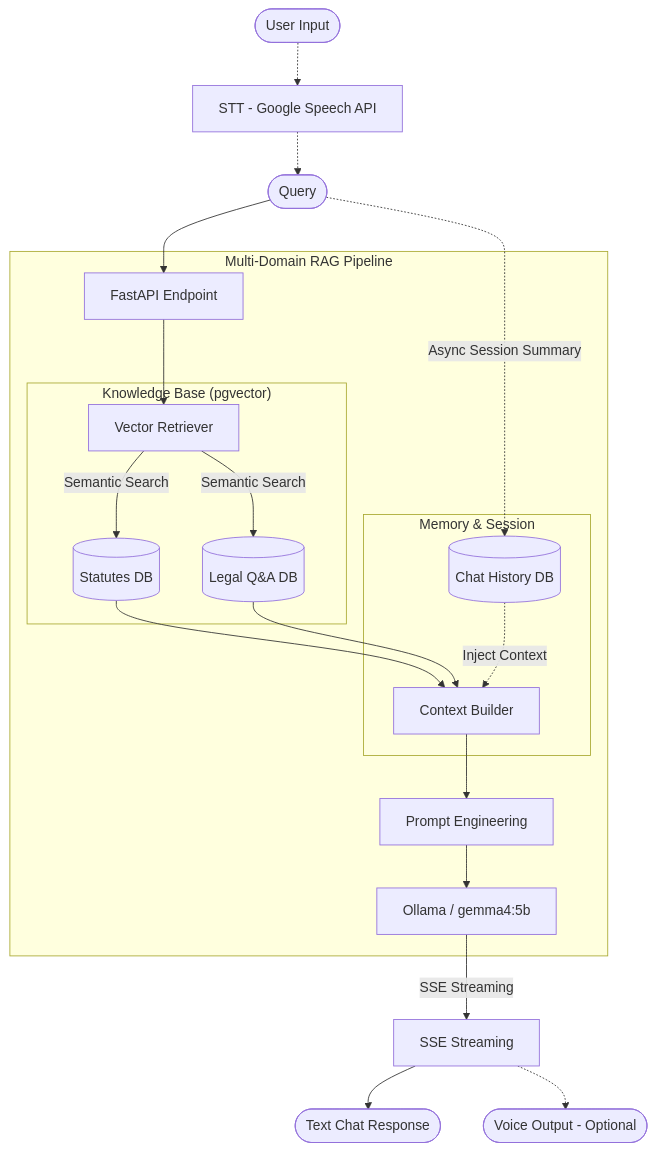
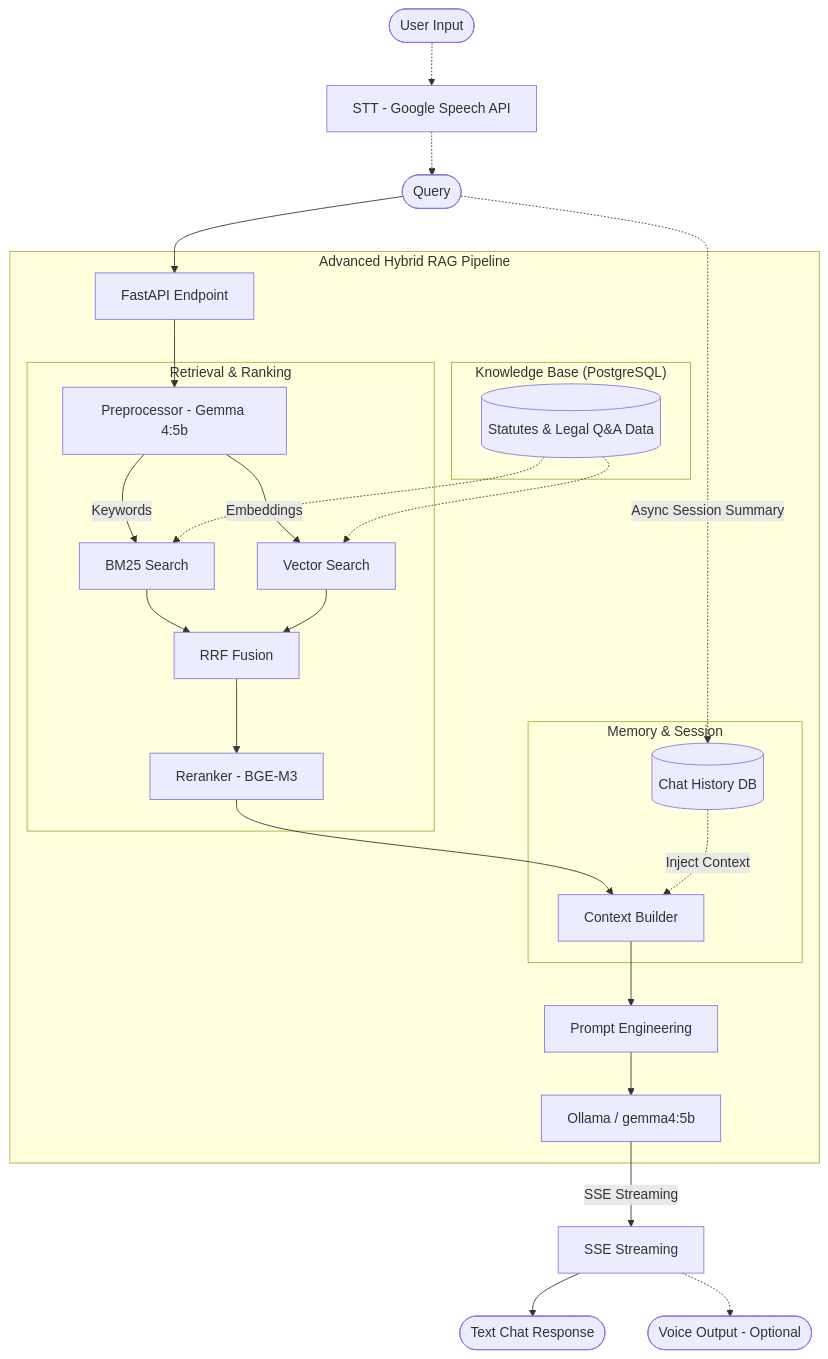
One commit to EalZz/BaroLaw changed the diagram in README.md. Above: the diagram before and after it, drawn with Mermaid.

Commit message:
Doc: Final fix for Mermaid diagram reference direction

````diff
--- a/README.md
+++ b/README.md
@@ -24,29 +24,38 @@
 ```mermaid
 flowchart TD
     User([User Input]) -.-> STT[STT - Google Speech API]
     STT -.-> Query([Query])
     Query --> API[FastAPI Endpoint]
 
-    subgraph "Multi-Domain RAG Pipeline"
-        API --> Retriever[Vector Retriever]
+    subgraph "Advanced Hybrid RAG Pipeline"
+        API --> Prep[Preprocessor - Gemma 4:5b]
         
-        subgraph "Knowledge Base (pgvector)"
-            Retriever -- "Semantic Search" --> DB_Law[(Statutes DB)]
-            Retriever -- "Semantic Search" --> DB_QA[(Legal Q&A DB)]
+        subgraph "Retrieval & Ranking"
+            Prep -- "Keywords" --> BM25[BM25 Search]
+            Prep -- "Embeddings" --> Vector[Vector Search]
+            BM25 & Vector --> RRF[RRF Fusion]
+            RRF --> Reranker[Reranker - BGE-M3]
         end
         
-        DB_Law & DB_QA --> Builder[Context Builder]
+        subgraph "Knowledge Base (PostgreSQL)"
+            DB[(Statutes & Legal Q&A Data)]
+        end
+        
+        DB -.-> BM25
+        DB -.-> Vector
+        
+        Reranker --> Builder[Context Builder]
         
         subgraph "Memory & Session"
             History[(Chat History DB)] -. "Inject Context" .-> Builder
         end
         
         Builder --> Prompt[Prompt Engineering]
         Prompt --> LLM[Ollama / gemma4:5b]
     end
     
     LLM -- "SSE Streaming" --> SSE[SSE Streaming]
     SSE --> Response([Text Chat Response])
     SSE -.-> Response_Voice([Voice Output - Optional])
     Query -. "Async Session Summary" .-> History
 ```
````
